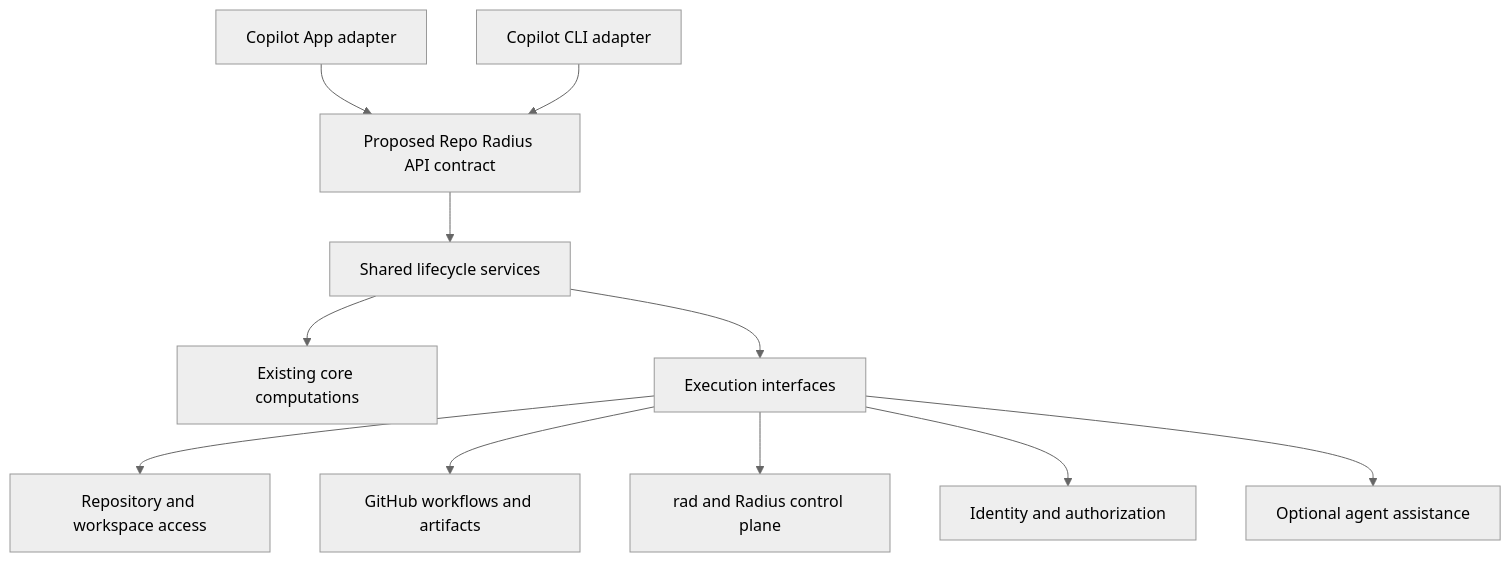
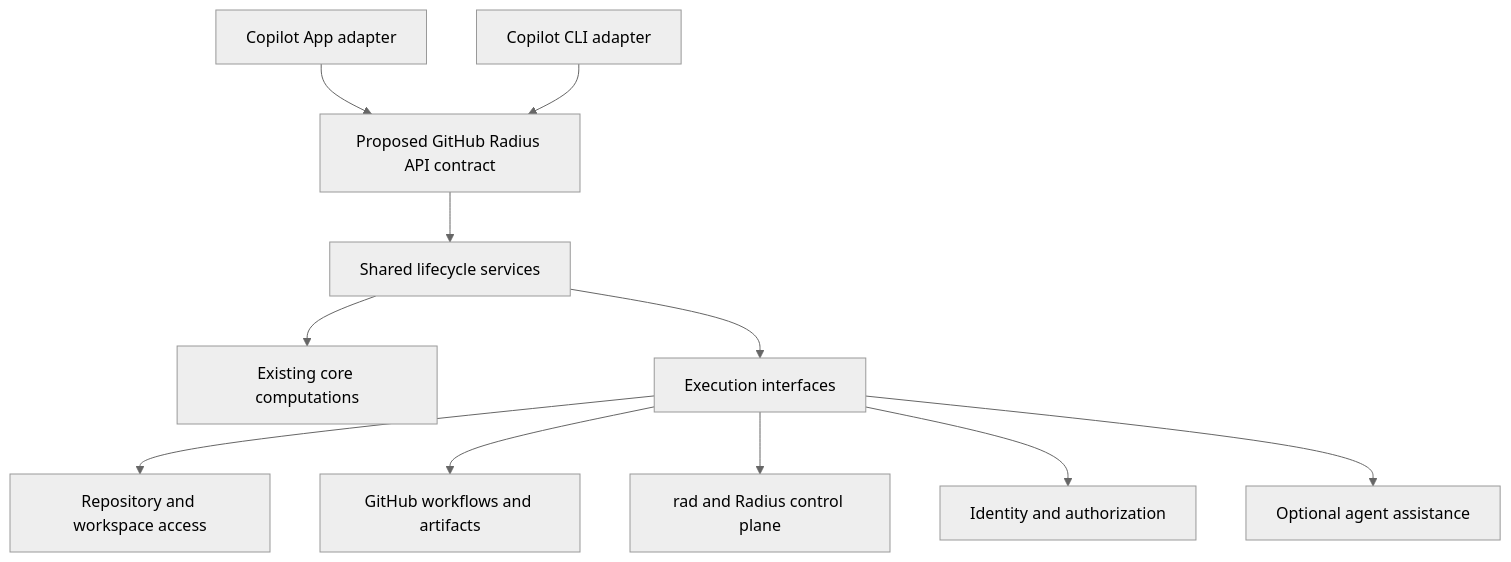
The second of 4 diagrams in docs/architecture/repo-radius.md (radius-project/radius), drawn with Mermaid (neutral theme) before and after one commit. The commit also changed other lines of this file and 1 other file, not shown here.

Commit message:
docs: rename Repo Radius proposal to GitHub Radius

````diff
--- a/docs/architecture/repo-radius.md
+++ b/docs/architecture/repo-radius.md
@@ -88,24 +88,24 @@
 ```mermaid
 graph TD
     App["Copilot App adapter"]
     CLI["Copilot CLI adapter"]
-    Contract["Proposed Repo Radius API contract"]
+    Contract["Proposed GitHub Radius API contract"]
     Services["Shared lifecycle services"]
     Core["Existing core computations"]
     Interfaces["Execution interfaces"]
     Source["Repository and workspace access"]
     GitHub["GitHub workflows and artifacts"]
     Rad["rad and Radius control plane"]
     Identity["Identity and authorization"]
     Agent["Optional agent assistance"]
     App --> Contract
     CLI --> Contract
     Contract --> Services
     Services --> Core
     Services --> Interfaces
     Interfaces --> Source
     Interfaces --> GitHub
     Interfaces --> Rad
     Interfaces --> Identity
     Interfaces --> Agent
 ```
````
